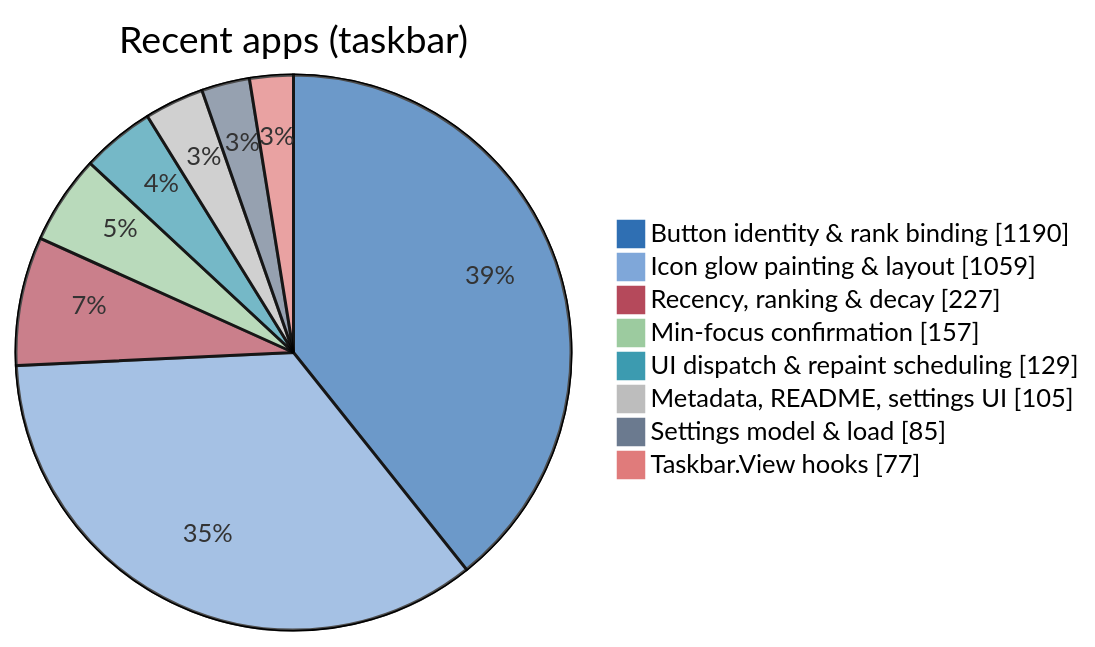
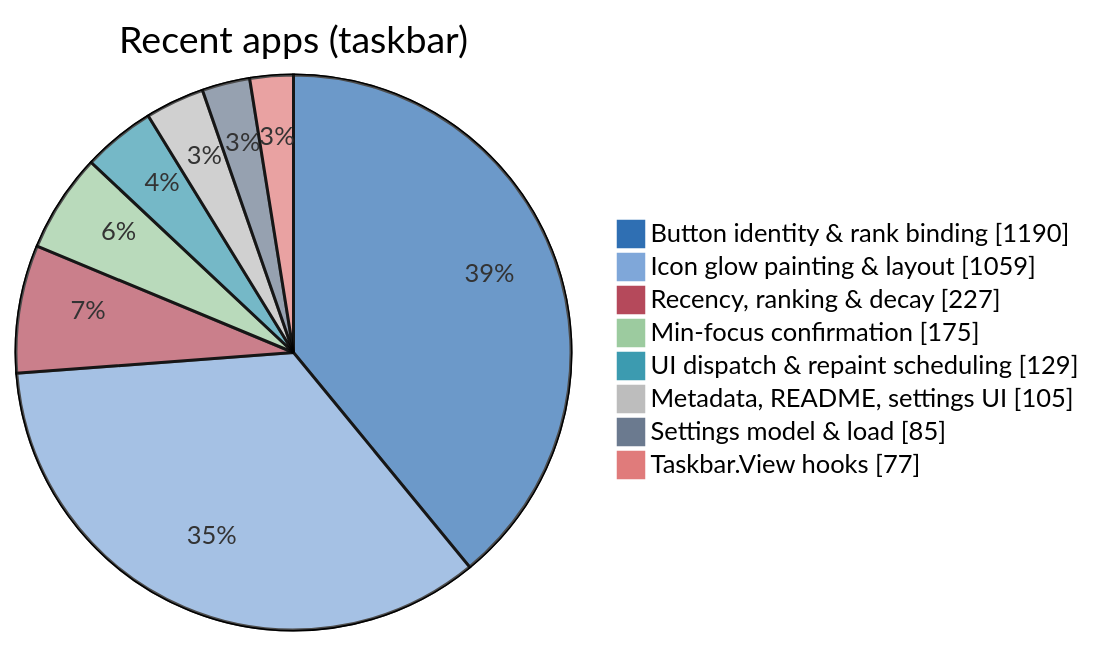
One commit to jvlasek/taskbar-recent-focus-highlight changed the third of 5 diagrams in doc/code/code-breakdown.md. Above: the diagram before and after it, drawn with Mermaid. The commit also changed other lines of this file and 10 other files, not shown here.

````diff
--- a/doc/code/code-breakdown.md
+++ b/doc/code/code-breakdown.md
@@ -119,12 +119,12 @@
 ```mermaid
 %%{init: {"themeVariables": {"pie1": "#2F6FB3", "pie2": "#7FA7D9", "pie3": "#B5495B", "pie4": "#9CCB9F", "pie5": "#3C9BB0", "pie6": "#BDBDBD", "pie7": "#6B7A8F", "pie8": "#E07B7B", "pieOuterStrokeWidth": "1px"}}}%%
 pie showData title Recent apps (taskbar)
     "Button identity & rank binding" : 1190
     "Icon glow painting & layout" : 1059
     "Recency, ranking & decay" : 227
-    "Min-focus confirmation" : 157
+    "Min-focus confirmation" : 175
     "UI dispatch & repaint scheduling" : 129
     "Metadata, README, settings UI" : 105
     "Settings model & load" : 85
     "Taskbar.View hooks" : 77
 ```
````
